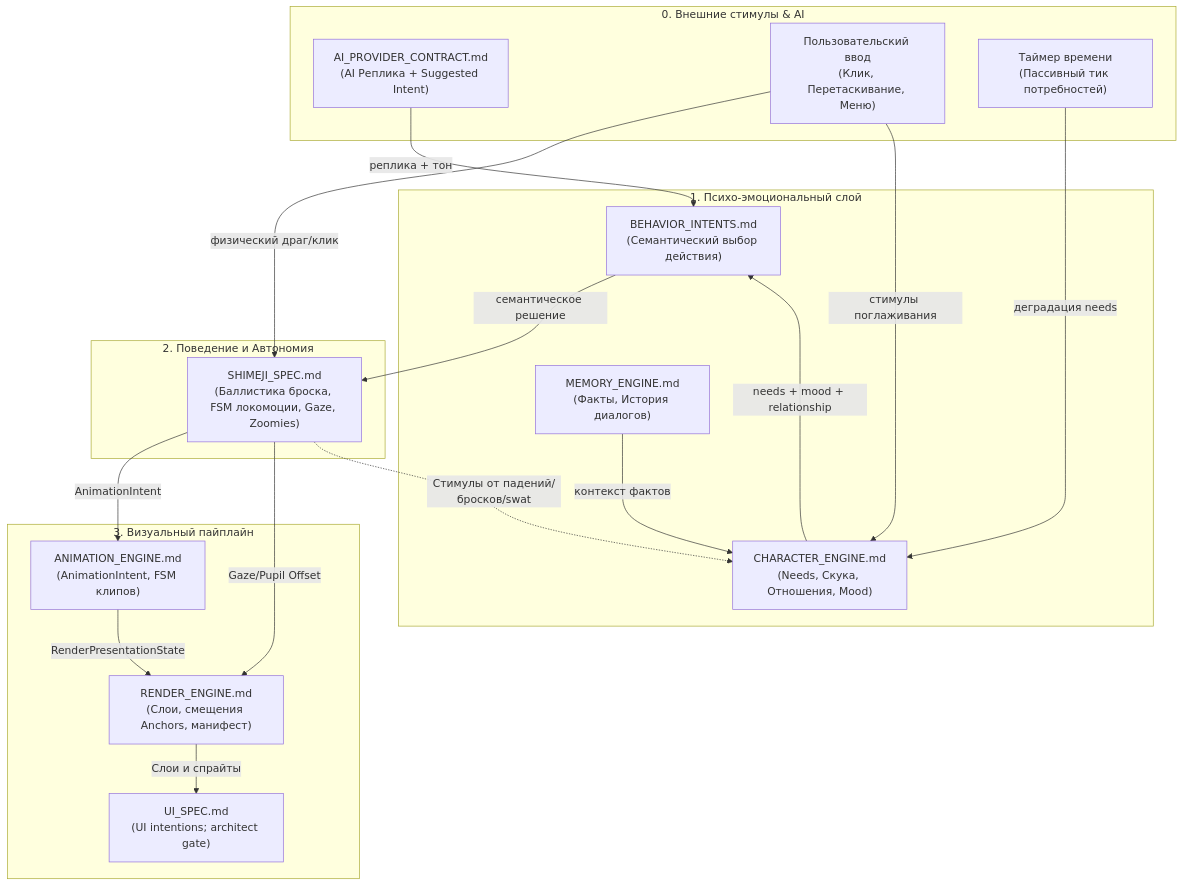
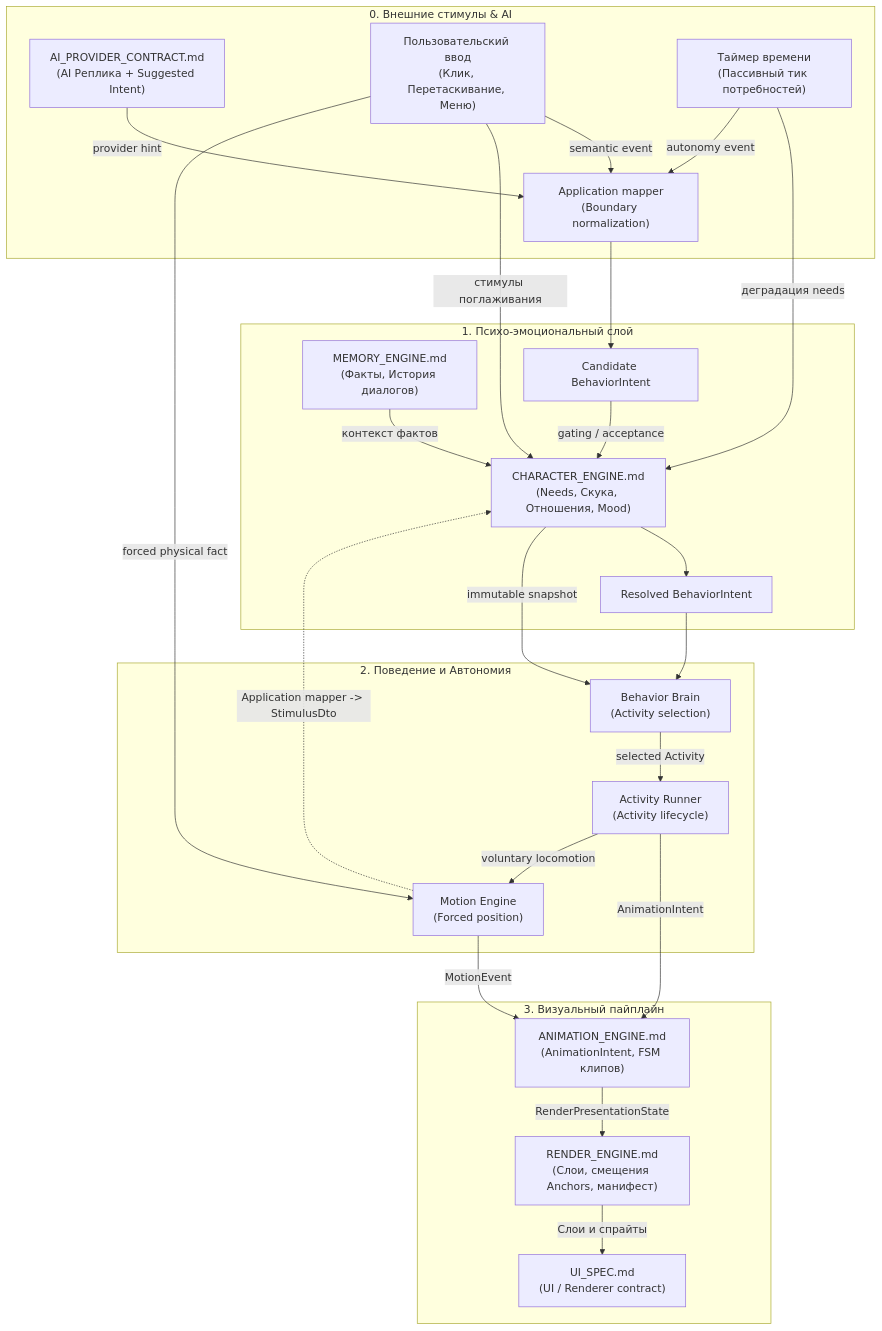
Before and after one commit to zyzycode/project_wisp: the diagram in docs/engine/README.md, drawn with Mermaid. The commit also changed other lines of this file and 6 other files, not shown here.

Commit message:
docs(engine): finalize P14 architecture contracts

````diff
--- a/docs/engine/README.md
+++ b/docs/engine/README.md
@@ -26,44 +38,55 @@
 ```mermaid
 flowchart TD
     subgraph External["0. Внешние стимулы & AI"]
         AI["AI_PROVIDER_CONTRACT.md\n(AI Реплика + Suggested Intent)"]
         UserEvents["Пользовательский ввод\n(Клик, Перетаскивание, Меню)"]
         Tick["Таймер времени\n(Пассивный тик потребностей)"]
+        Mapper["Application mapper\n(Boundary normalization)"]
     end
 
     subgraph Mind["1. Психо-эмоциональный слой"]
         CE["CHARACTER_ENGINE.md\n(Needs, Скука, Отношения, Mood)"]
         Mem["MEMORY_ENGINE.md\n(Факты, История диалогов)"]
-        BI["BEHAVIOR_INTENTS.md\n(Семантический выбор действия)"]
+        Candidate["Candidate BehaviorIntent"]
+        Resolved["Resolved BehaviorIntent"]
     end
 
     subgraph Motion["2. Поведение и Автономия"]
-        Shimeji["SHIMEJI_SPEC.md\n(Баллистика броска, FSM локомоции, Gaze, Zoomies)"]
+        Brain["Behavior Brain\n(Activity selection)"]
+        Runner["Activity Runner\n(Activity lifecycle)"]
+        Physics["Motion Engine\n(Forced position)"]
     end
 
     subgraph Visual["3. Визуальный пайплайн"]
         AE["ANIMATION_ENGINE.md\n(AnimationIntent, FSM клипов)"]
         RE["RENDER_ENGINE.md\n(Слои, смещения Anchors, манифест)"]
-        UI["UI_SPEC.md\n(UI intentions; architect gate)"]
+        UI["UI_SPEC.md\n(UI / Renderer contract)"]
     end
 
     %% Потоки стимулов
     Tick -->|деградация needs| CE
-    AI -->|реплика + тон| BI
-    UserEvents -->|физический драг/клик| Shimeji
+    AI -->|provider hint| Mapper
+    UserEvents -->|semantic event| Mapper
+    Tick -->|autonomy event| Mapper
+    Mapper --> Candidate
+    Candidate -->|gating / acceptance| CE
+    CE --> Resolved
     UserEvents -->|стимулы поглаживания| CE
+    UserEvents -->|forced physical fact| Physics
 
     %% Психология -> Выбор поведения
-    CE -->|needs + mood + relationship| BI
     Mem -->|контекст фактов| CE
-    BI -->|семантическое решение| Shimeji
+    Resolved --> Brain
+    CE -->|immutable snapshot| Brain
+    Brain -->|selected Activity| Runner
 
     %% Shimeji -> Визуализация
-    Shimeji -->|AnimationIntent| AE
-    Shimeji -->|Gaze/Pupil Offset| RE
+    Runner -->|AnimationIntent| AE
+    Physics -->|MotionEvent| AE
+    Runner -->|voluntary locomotion| Physics
     AE -->|RenderPresentationState| RE
     RE -->|Слои и спрайты| UI
 
     %% Обратная связь физики в психологию
-    Shimeji -.->|Стимулы от падений/бросков/swat| CE
+    Physics -.->|Application mapper -> StimulusDto| CE
 ```
````
